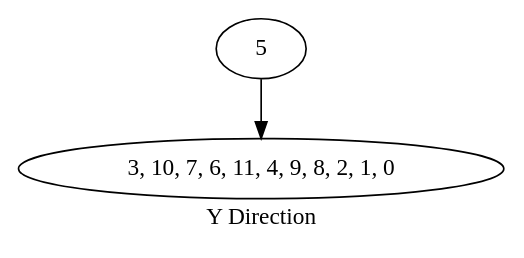
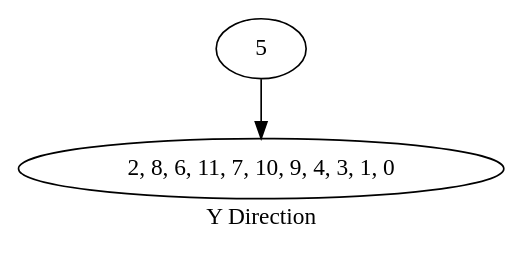
Before and after one commit to KIKI007/FrameInterlock: the diagram in cmake-build-release/tmp_1.dot, drawn with Graphviz. The commit also changed 17 other files, not shown here.

```diff
--- a/cmake-build-release/tmp_1.dot
+++ b/cmake-build-release/tmp_1.dot
@@ -1,3 +1,3 @@
 digraph {
-label="Y Direction"5 -> "3, 10, 7, 6, 11, 4, 9, 8, 2, 1, 0"
+label="Y Direction"5 -> "2, 8, 6, 11, 7, 10, 9, 4, 3, 1, 0"
 }
```
